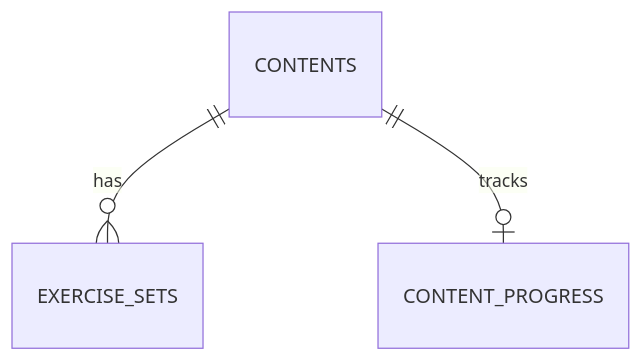
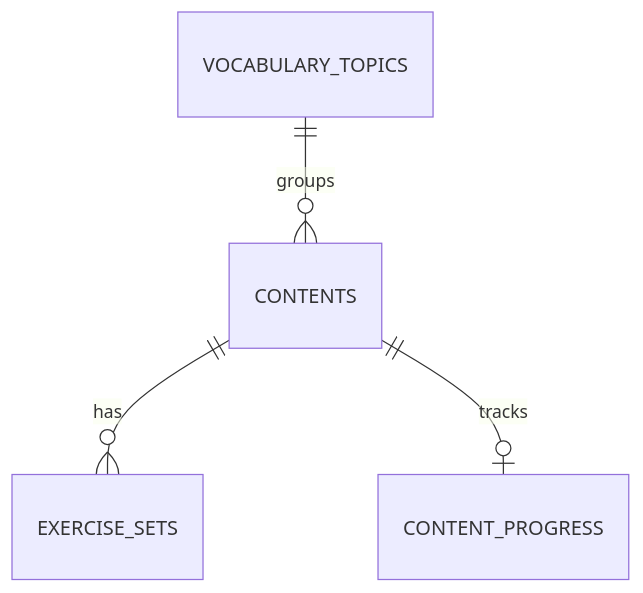
Before and after one commit to kuailoy/Convi: the diagram in docs/database-schema.md, drawn with Mermaid. The commit also changed other lines of this file and 5 other files, not shown here.

Commit message:
feat(db): add Finnish vocabulary topics

````diff
--- a/docs/database-schema.md
+++ b/docs/database-schema.md
@@ -93,5 +100,6 @@
 ```mermaid
 erDiagram
+    VOCABULARY_TOPICS ||--o{ CONTENTS : groups
     CONTENTS ||--o{ EXERCISE_SETS : has
     CONTENTS ||--o| CONTENT_PROGRESS : tracks
 ```
````
